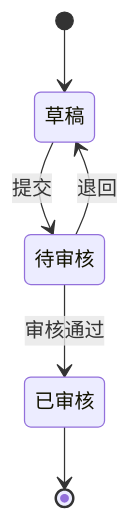
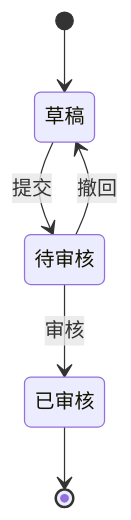
The first of 6 diagrams in 04-产品设计方案/20260812-ERP项目第一版框架搭建/系统架构和流程/03-单据与状态流转.md (TopVitamin/QS-ERP-Project), drawn with Mermaid before and after one commit. The commit also changed other lines of this file and 195 other files, not shown here.

````diff
--- a/04-产品设计方案/20260812-ERP项目第一版框架搭建/系统架构和流程/03-单据与状态流转.md
+++ b/04-产品设计方案/20260812-ERP项目第一版框架搭建/系统架构和流程/03-单据与状态流转.md
@@ -34,8 +50,8 @@
 ```mermaid
 stateDiagram-v2
     [*] --> 草稿
     草稿 --> 待审核: 提交
-    待审核 --> 草稿: 退回
-    待审核 --> 已审核: 审核通过
+    待审核 --> 草稿: 撤回
+    待审核 --> 已审核: 审核
     已审核 --> [*]
 ```
````
